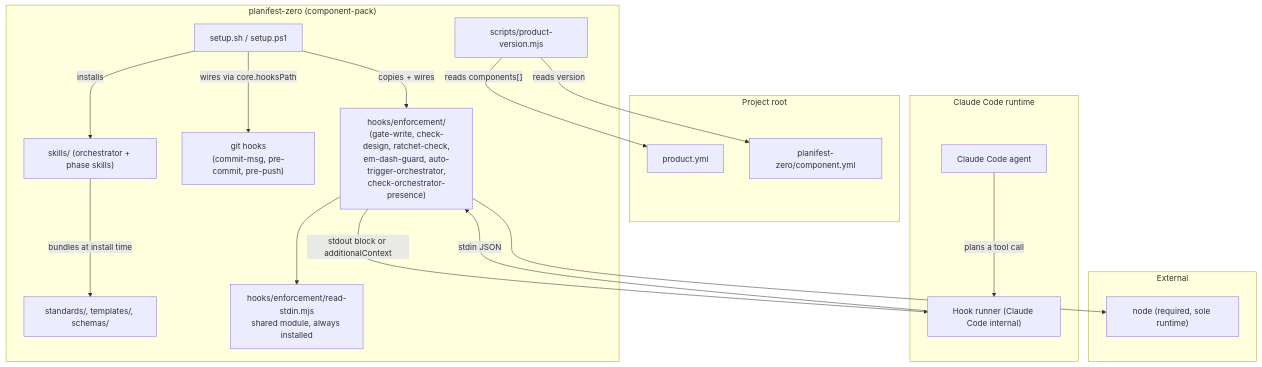
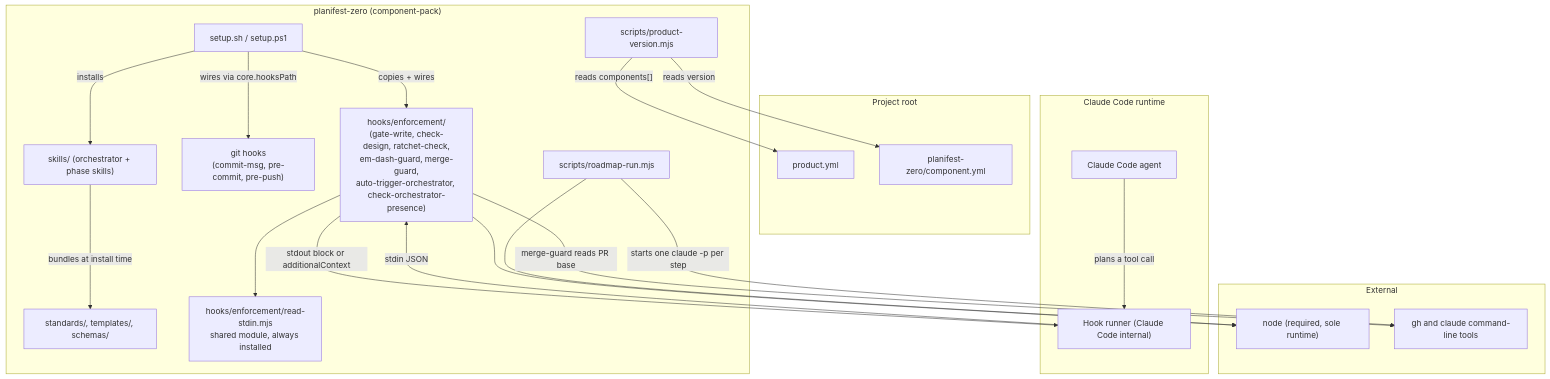
Before and after one commit to RAVINTIO/planifest-zero: the diagram in docs/dependency-graph.md, drawn with Mermaid. The commit also changed other lines of this file and 97 other files, not shown here.

First line of the commit message:
0000043-autonomous-roadmaps: chain features on a roadmap branch (#21)

````diff
--- a/docs/dependency-graph.md
+++ b/docs/dependency-graph.md
@@ -7,41 +7,47 @@
 ```mermaid
 graph TD
     subgraph "planifest-zero (component-pack)"
         SKILLS["skills/ (orchestrator + phase skills)"]
         STANDARDS["standards/, templates/, schemas/"]
         SETUP["setup.sh / setup.ps1"]
         GITHOOKS["git hooks\n(commit-msg, pre-commit, pre-push)"]
-        ENFORCE["hooks/enforcement/\n(gate-write, check-design, ratchet-check,\nem-dash-guard, auto-trigger-orchestrator,\ncheck-orchestrator-presence)"]
+        ENFORCE["hooks/enforcement/\n(gate-write, check-design, ratchet-check,\nem-dash-guard, merge-guard,\nauto-trigger-orchestrator, check-orchestrator-presence)"]
         ENFSHARED["hooks/enforcement/read-stdin.mjs\nshared module, always installed"]
         VERSION["scripts/product-version.mjs"]
+        DRIVER["scripts/roadmap-run.mjs"]
     end
 
     subgraph "Project root"
         PRODUCT["product.yml"]
         MANIFEST["planifest-zero/component.yml"]
     end
 
     subgraph "Claude Code runtime"
         CC[Claude Code agent]
         HookRunner["Hook runner (Claude Code internal)"]
     end
 
     subgraph "External"
         NODE["node (required, sole runtime)"]
+        GH["gh and claude command-line tools"]
     end
 
     SETUP -->|"installs"| SKILLS
     SETUP -->|"copies + wires"| ENFORCE
     SETUP -->|"wires via core.hooksPath"| GITHOOKS
     SKILLS -->|"bundles at install time"| STANDARDS
 
     CC -->|"plans a tool call"| HookRunner
     HookRunner -->|"stdin JSON"| ENFORCE
     ENFORCE -->|"stdout block or additionalContext"| HookRunner
 
     ENFORCE --> ENFSHARED
     ENFORCE --> NODE
 
+    ENFORCE -->|"merge-guard reads PR base"| GH
+    DRIVER -->|"starts one claude -p per step"| GH
+    DRIVER --> NODE
+
     VERSION -->|"reads components[]"| PRODUCT
     VERSION -->|"reads version"| MANIFEST
 ```
````
